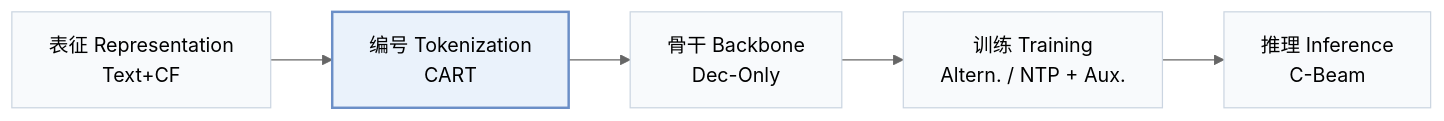
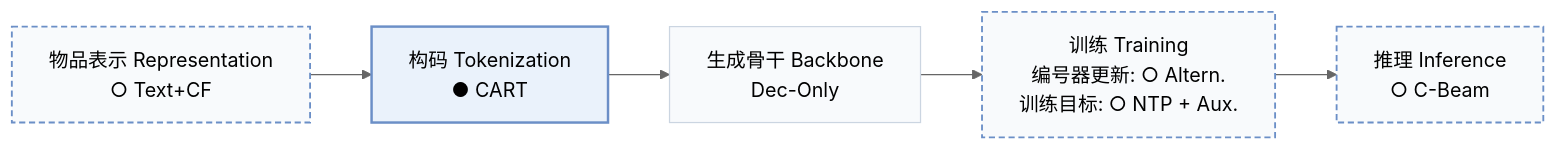
Before and after one commit to Galaxy-ghost/Awesome-SID-Generative-Rec: the first of 2 diagrams in pages/zh/papers/dream.md, drawn with Mermaid (neutral theme). The commit also changed other lines of this file and 558 other files, not shown here.

````diff
--- a/pages/zh/papers/dream.md
+++ b/pages/zh/papers/dream.md
@@ -15,8 +18,10 @@
 ```mermaid
 flowchart LR
-    R["表征 Representation<br/>Text+CF"] --> T["编号 Tokenization<br/>CART"] --> B["骨干 Backbone<br/>Dec-Only"] --> TR["训练 Training<br/>Altern. / NTP + Aux."] --> I["推理 Inference<br/>C-Beam"]
+    R["物品表示 Representation<br/>○ Text+CF"] --> T["构码 Tokenization<br/>● CART"] --> B["生成骨干 Backbone<br/>Dec-Only"] --> TR["训练 Training<br/>编号器更新: ○ Altern.<br/>训练目标: ○ NTP + Aux."] --> I["推理 Inference<br/>○ C-Beam"]
     classDef base fill:#f8fafc,stroke:#cbd5e1
     class R,T,B,TR,I base
+    classDef other fill:#f8fafc,stroke:#6b8fc7,stroke-width:1.5px,stroke-dasharray:5 3
+    class R,TR,I other
     classDef main fill:#eaf2fb,stroke:#6b8fc7,stroke-width:2px
     class T main
 ```
````
